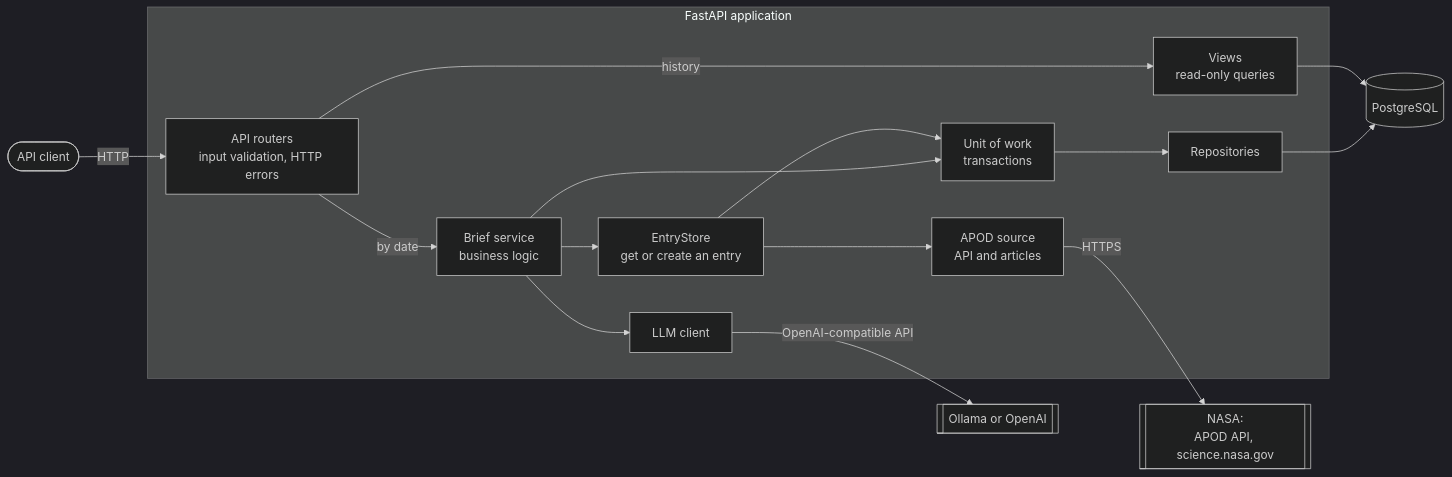
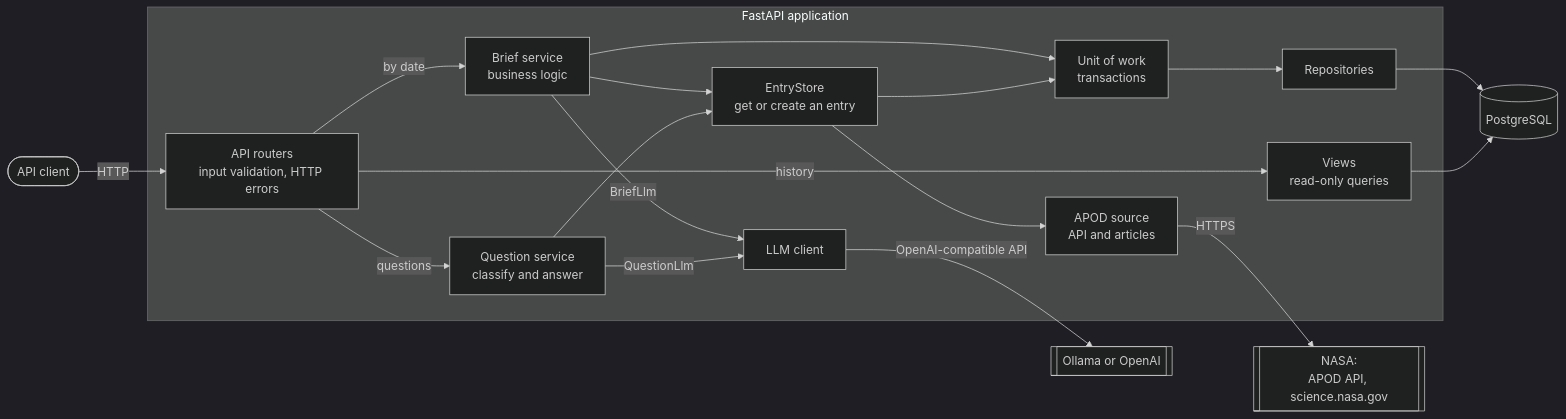
The first of 3 diagrams in README.md (OstapchukIryna/astronomy-brief), drawn with Mermaid (dark theme) before and after one commit. The commit also changed other lines of this file, not shown here.

Commit message:
docs: describe questions in the README

````diff
--- a/README.md
+++ b/README.md
@@ -34,28 +34,32 @@
 ```mermaid
 flowchart LR
     user([API client]) -->|HTTP| api
 
     subgraph app [FastAPI application]
         api[API routers<br/>input validation, HTTP errors]
         svc[Brief service<br/>business logic]
+        qsvc[Question service<br/>classify and answer]
         entries[EntryStore<br/>get or create an entry]
         views[Views<br/>read-only queries]
         uow[Unit of work<br/>transactions]
         repo[Repositories]
         apod[APOD source<br/>API and articles]
         llm[LLM client]
     end
 
     api -->|by date| svc
     api -->|history| views
     svc --> entries
     svc --> uow
     entries --> uow
     entries --> apod
-    svc --> llm
+    api -->|questions| qsvc
+    qsvc --> entries
+    svc -->|BriefLlm| llm
+    qsvc -->|QuestionLlm| llm
     uow --> repo
     repo --> db[(PostgreSQL)]
     views --> db
     apod -->|HTTPS| nasa[[NASA:<br/>APOD API, science.nasa.gov]]
     llm -->|OpenAI-compatible API| model[[Ollama or OpenAI]]
 ```
````
